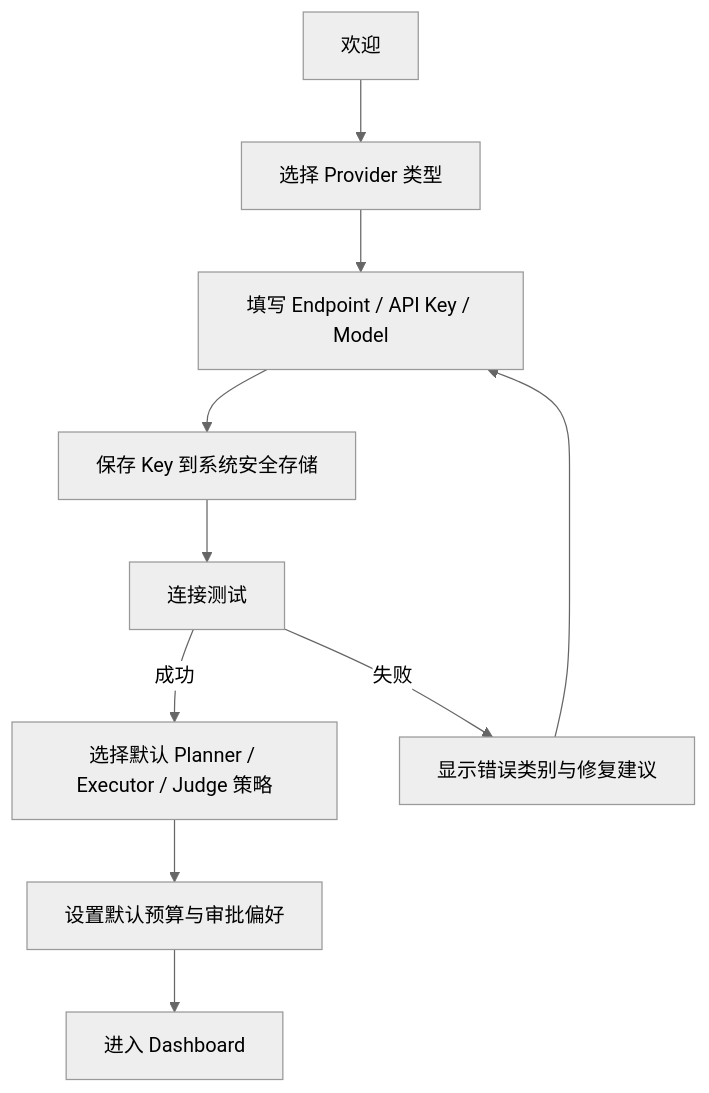
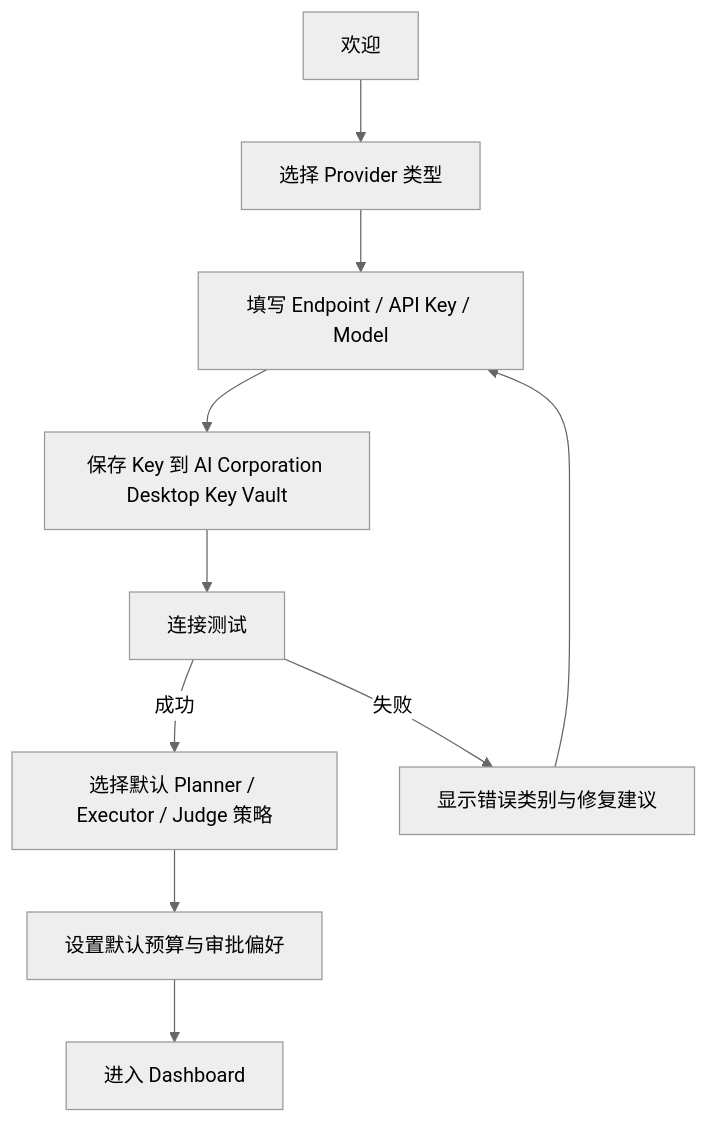
One commit to banyueban/ai-corporation changed the first of 8 diagrams in docs/07-ui/Core-User-Flows.md. Above: the diagram before and after it, drawn with Mermaid (neutral theme). The commit also changed other lines of this file and 15 other files, not shown here.

Commit message:
docs: switch to application-managed key vault

````diff
--- a/docs/07-ui/Core-User-Flows.md
+++ b/docs/07-ui/Core-User-Flows.md
@@ -9,12 +9,12 @@
 ```mermaid
 flowchart TD
     A["欢迎"] --> B["选择 Provider 类型"]
     B --> C["填写 Endpoint / API Key / Model"]
-    C --> D["保存 Key 到系统安全存储"]
+    C --> D["保存 Key 到 AI Corporation Desktop Key Vault"]
     D --> E["连接测试"]
     E -->|成功| F["选择默认 Planner / Executor / Judge 策略"]
     F --> G["设置默认预算与审批偏好"]
     G --> H["进入 Dashboard"]
     E -->|失败| I["显示错误类别与修复建议"]
     I --> C
 ```
````
